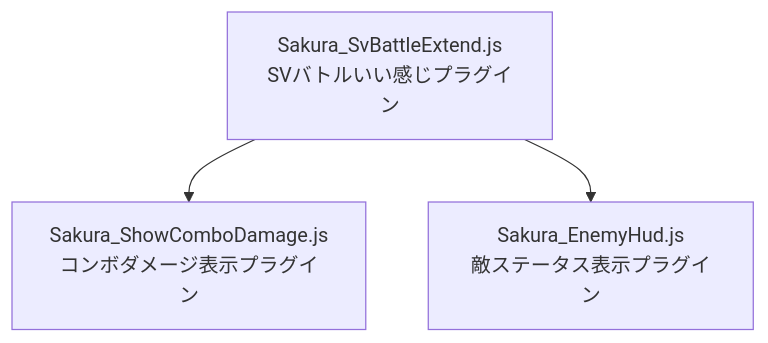
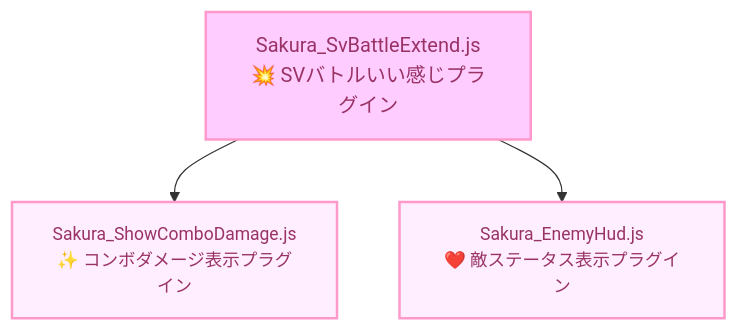
The diagram in Sakura_SvBattleExtend/Sakura_SvBattleExtend.md (Sakurano6130/SakuraPlugins), drawn with Mermaid before and after one commit. The commit also changed other lines of this file, not shown here.

Commit message:
feat: ✨ SvBattleExtend 途中

````diff
--- a/Sakura_SvBattleExtend/Sakura_SvBattleExtend.md
+++ b/Sakura_SvBattleExtend/Sakura_SvBattleExtend.md
@@ -49,5 +50,17 @@
 ```mermaid
 graph TD;
-    A[Sakura_SvBattleExtend.js<br>SVバトルいい感じプラグイン] --> B[Sakura_ShowComboDamage.js<br>コンボダメージ表示プラグイン];
-    A[Sakura_SvBattleExtend.js<br>SVバトルいい感じプラグイン] --> C[Sakura_EnemyHud.js<br>敵ステータス表示プラグイン];
+    style A fill:#FFCCFF,stroke:#FF99CC,stroke-width:2px;
+    style B fill:#FFEEFF,stroke:#FF99CC,stroke-width:2px;
+    style C fill:#FFEEFF,stroke:#FF99CC,stroke-width:2px;
+    
+    A[Sakura_SvBattleExtend.js<br>💥 SVバトルいい感じプラグイン] --> B[Sakura_ShowComboDamage.js<br>✨ コンボダメージ表示プラグイン];
+    A[Sakura_SvBattleExtend.js<br>💥 SVバトルいい感じプラグイン] --> C[Sakura_EnemyHud.js<br>❤️ 敵ステータス表示プラグイン];
+    
+    A:::highlight;
+    B:::normal;
+    C:::normal;
+    
+    classDef highlight fill:#FFCCFF,stroke:#FF99CC,stroke-width:3px,font-size:16px,color:#993366;
+    classDef normal fill:#FFEEFF,stroke:#FF99CC,stroke-width:2px,font-size:14px,color:#993366;
+
 ```
````
